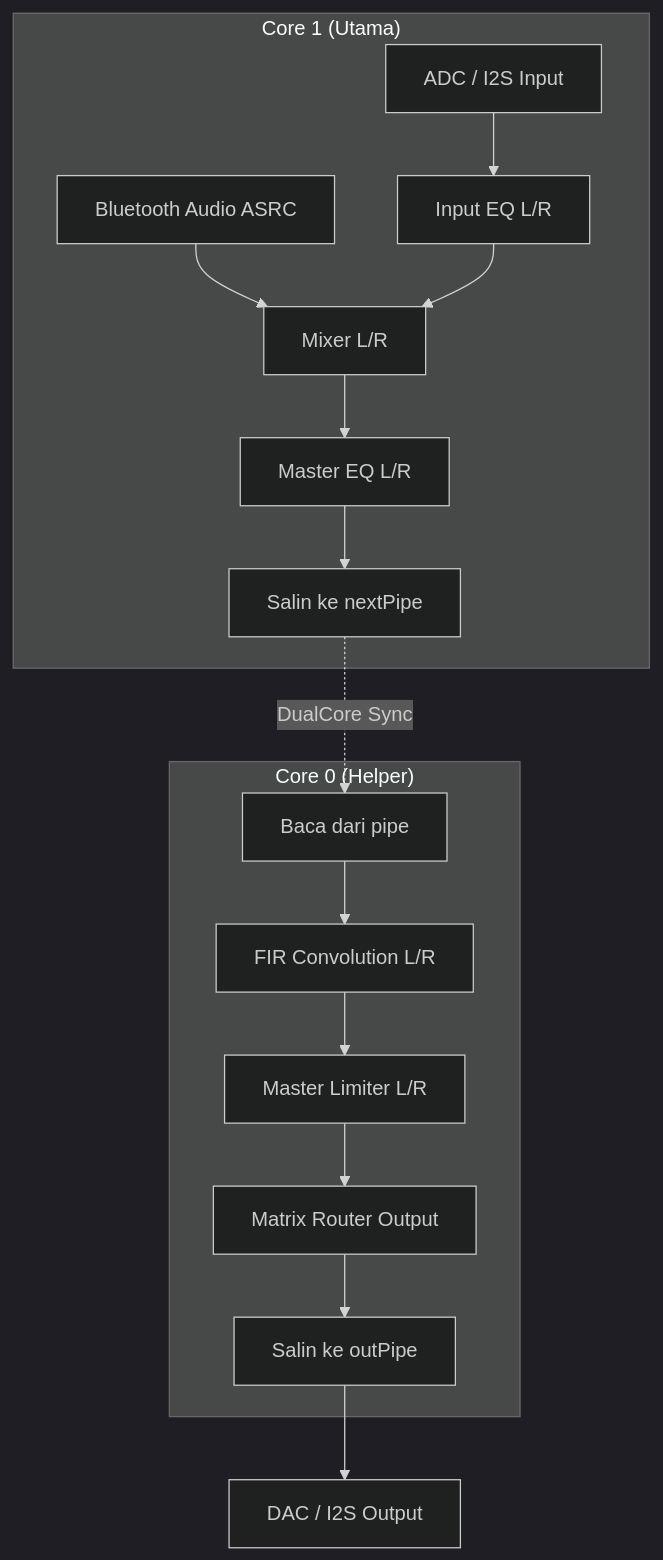
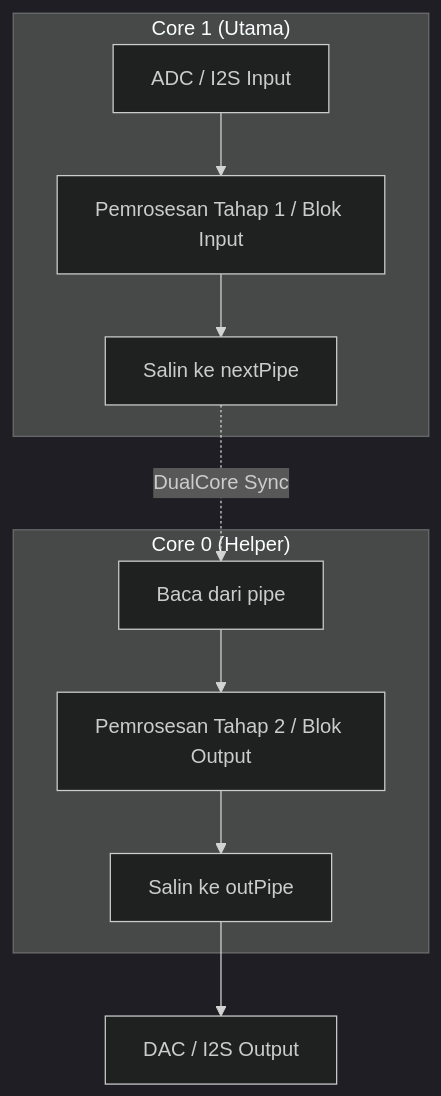
Before and after one commit to rafanggit-RAD/RAD-Embedded-DSP-for-ESP32-Library: the diagram in README.md, drawn with Mermaid (dark theme). The commit also changed other lines of this file and 2 other files, not shown here.

````diff
--- a/README.md
+++ b/README.md
@@ -33,20 +33,15 @@
 ```mermaid
 graph TD
     subgraph Core1 ["Core 1 (Utama)"]
-        A[ADC / I2S Input] --> B[Input EQ L/R]
-        C[Bluetooth Audio ASRC] --> D[Mixer L/R]
-        B --> D
-        D --> E[Master EQ L/R]
-        E --> F[Salin ke nextPipe]
+        A[ADC / I2S Input] --> B[Pemrosesan Tahap 1 / Blok Input]
+        B --> C[Salin ke nextPipe]
     end
     
     subgraph Core0 ["Core 0 (Helper)"]
-        G[Baca dari pipe] --> H[FIR Convolution L/R]
-        H --> I[Master Limiter L/R]
-        I --> J[Matrix Router Output]
-        J --> K[Salin ke outPipe]
+        D[Baca dari pipe] --> E[Pemrosesan Tahap 2 / Blok Output]
+        E --> F[Salin ke outPipe]
     end
     
-    F -. DualCore Sync .-> G
-    K --> L[DAC / I2S Output]
+    C -. DualCore Sync .-> D
+    F --> G[DAC / I2S Output]
 ```
````
